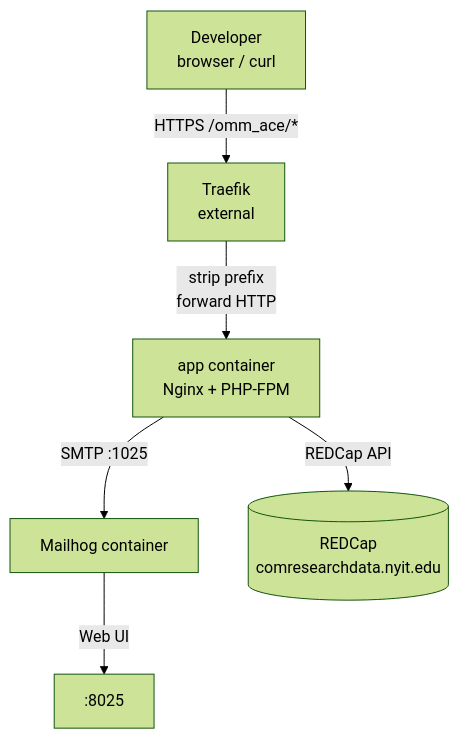
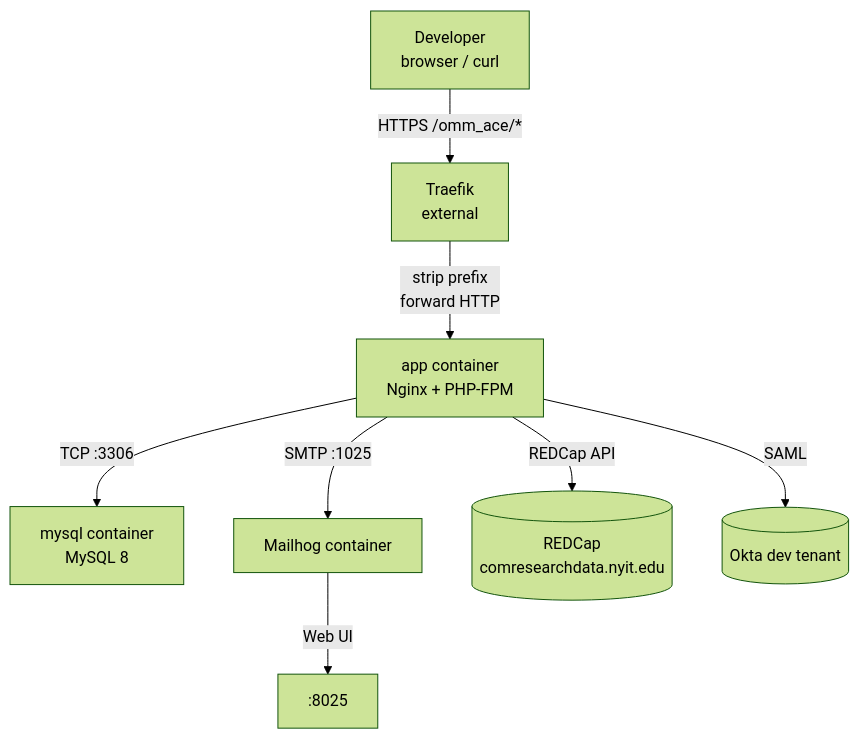
One commit to com-atg/OMM-SE changed the diagram in Docs/local-development.md. Above: the diagram before and after it, drawn with Mermaid (forest theme). The commit also changed other lines of this file and 60 other files, not shown here.

````diff
--- a/Docs/local-development.md
+++ b/Docs/local-development.md
@@ -16,8 +16,10 @@
 ```mermaid
 graph TD
     DEV[Developer\nbrowser / curl] -->|HTTPS /omm_ace/*| TR[Traefik\nexternal]
     TR -->|strip prefix\nforward HTTP| APP[app container\nNginx + PHP-FPM]
+    APP -->|TCP :3306| DB[mysql container\nMySQL 8]
     APP -->|SMTP :1025| MH[Mailhog container]
     MH -->|Web UI| MHUI[:8025]
     APP -->|REDCap API| RC[(REDCap\ncomresearchdata.nyit.edu)]
+    APP -->|SAML| OKTA[(Okta dev tenant)]
 ```
````
